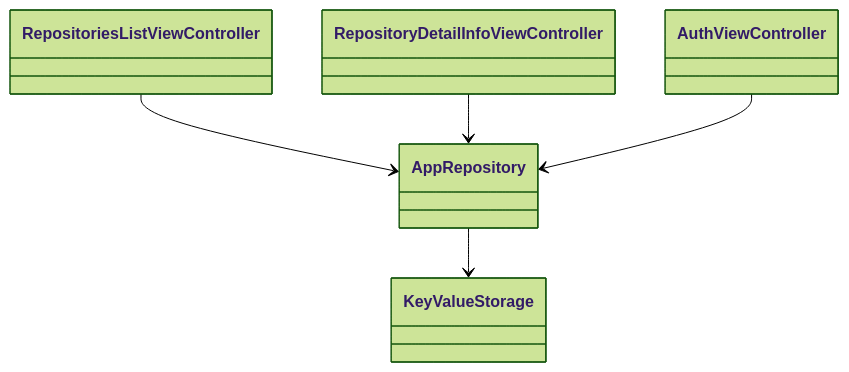
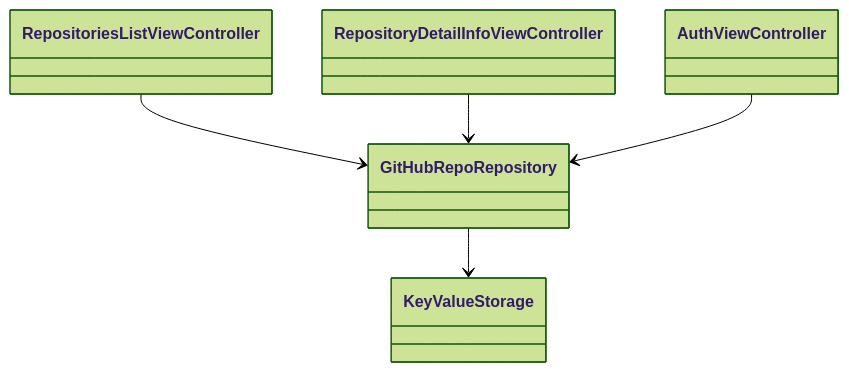
The diagram in university/2-ios-basics/practice.md (icerockdev/kmm.icerock.dev), drawn with Mermaid (forest theme) before and after one commit. The commit also changed 2 other files, not shown here.

Commit message:
removed states from diagrams and renamed appRepo in ios and android

````diff
--- a/university/2-ios-basics/practice.md
+++ b/university/2-ios-basics/practice.md
@@ -84,16 +84,16 @@
 ```mermaid
    classDiagram
    
    class RepositoriesListViewController:::ios
    class RepositoryDetailInfoViewController:::ios
    class AuthViewController:::ios
    
-   class AppRepository:::ios
+   class GitHubRepoRepository:::ios
    
    class KeyValueStorage:::ios
    
-   RepositoriesListViewController --> AppRepository
-   RepositoryDetailInfoViewController --> AppRepository
-   AuthViewController --> AppRepository
-   AppRepository --> KeyValueStorage
+   RepositoriesListViewController --> GitHubRepoRepository
+   RepositoryDetailInfoViewController --> GitHubRepoRepository
+   AuthViewController --> GitHubRepoRepository
+   GitHubRepoRepository --> KeyValueStorage
 ```
````
